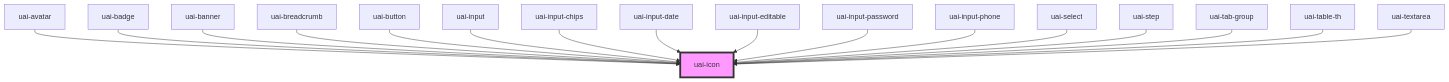
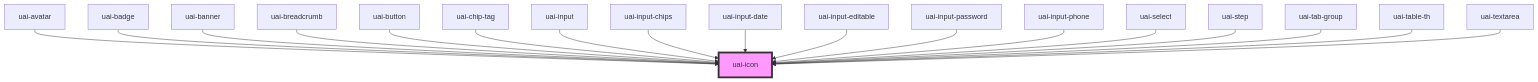
One commit to takenet/blip-ds changed the diagram in src/components/uai-icon/readme.md. Above: the diagram before and after it, drawn with Mermaid. The commit also changed other lines of this file and 19 other files, not shown here.

Commit message:
feat: add UAI chip tag and deprecate bds-chip-tag

````diff
--- a/src/components/uai-icon/readme.md
+++ b/src/components/uai-icon/readme.md
@@ -61,20 +62,21 @@
 ```mermaid
 graph TD;
   uai-avatar --> uai-icon
   uai-badge --> uai-icon
   uai-banner --> uai-icon
   uai-breadcrumb --> uai-icon
   uai-button --> uai-icon
+  uai-chip-tag --> uai-icon
   uai-input --> uai-icon
   uai-input-chips --> uai-icon
   uai-input-date --> uai-icon
   uai-input-editable --> uai-icon
   uai-input-password --> uai-icon
   uai-input-phone --> uai-icon
   uai-select --> uai-icon
   uai-step --> uai-icon
   uai-tab-group --> uai-icon
   uai-table-th --> uai-icon
   uai-textarea --> uai-icon
   style uai-icon fill:#f9f,stroke:#333,stroke-width:4px
 ```
````
